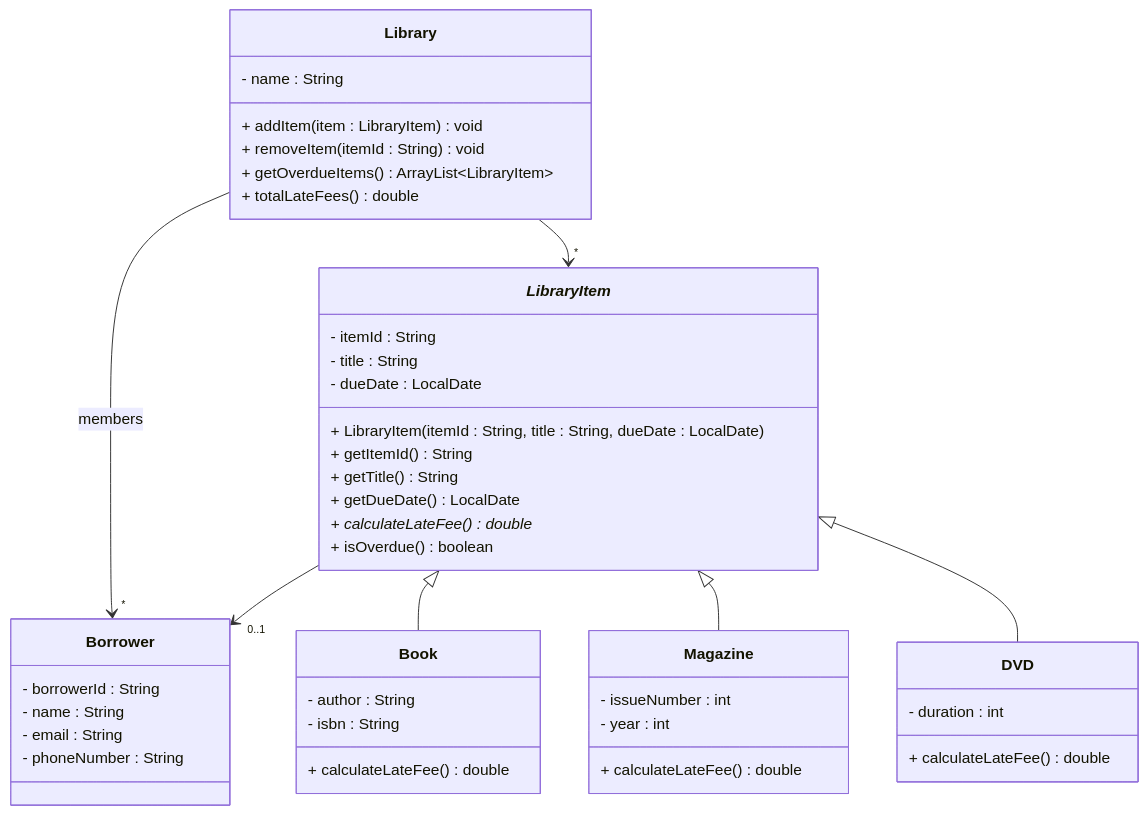
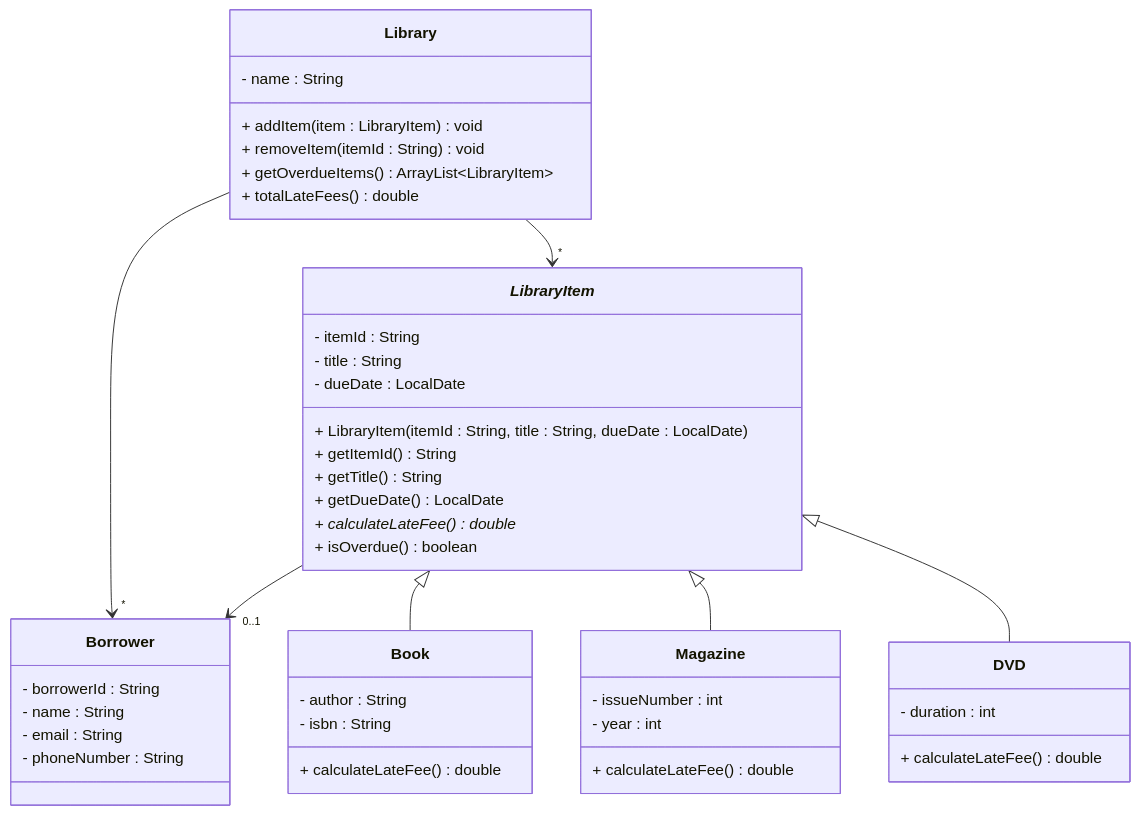
The diagram in Articles/Session 24 - Exam/008 Exercise 7 - Library System.md (TroelsMortensen/Codelabs2), drawn with Mermaid before and after one commit. The commit also changed 8 other files, not shown here.

````diff
--- a/Articles/Session 24 - Exam/008 Exercise 7 - Library System.md
+++ b/Articles/Session 24 - Exam/008 Exercise 7 - Library System.md
@@ -5,53 +5,53 @@
 ```mermaid
 classDiagram
     class Library {
         - name : String
         + addItem(item : LibraryItem) void
         + removeItem(itemId : String) void
         + getOverdueItems() ArrayList~LibraryItem~
         + totalLateFees() double
     }
     
     class _LibraryItem_ {
         - itemId : String
         - title : String
         - dueDate : LocalDate
         + LibraryItem(itemId : String, title : String, dueDate : LocalDate)
         + getItemId() String
         + getTitle() String
         + getDueDate() LocalDate
         + calculateLateFee()* double
         + isOverdue() boolean
     }
     
     class Book {
         - author : String
         - isbn : String
         + calculateLateFee() double
     }
     
     class Magazine {
         - issueNumber : int
         - year : int
         + calculateLateFee() double
     }
     
     class DVD {
         - duration : int
         + calculateLateFee() double
     }
     
     class Borrower {
         - borrowerId : String
         - name : String
         - email : String
         - phoneNumber : String
     }
     
     Library --> "*" _LibraryItem_
-    Library --> "*" Borrower : members
+    Library --> "*" Borrower
     _LibraryItem_ --> "0..1" Borrower 
     _LibraryItem_ <|-- Book
     _LibraryItem_ <|-- Magazine
     _LibraryItem_ <|-- DVD
 ```
````
